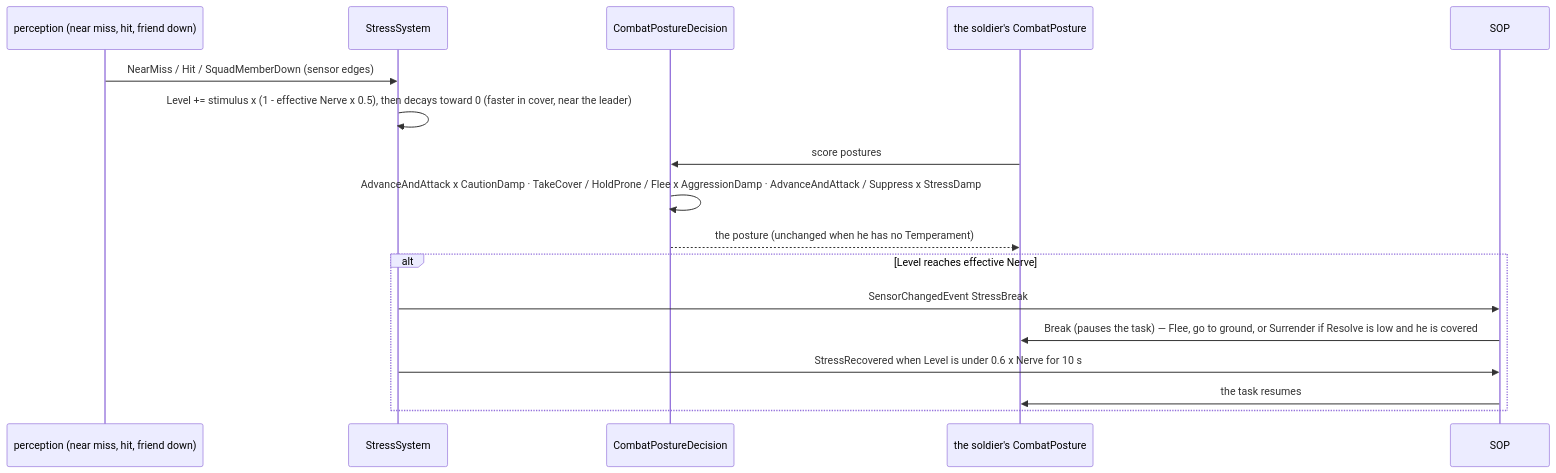
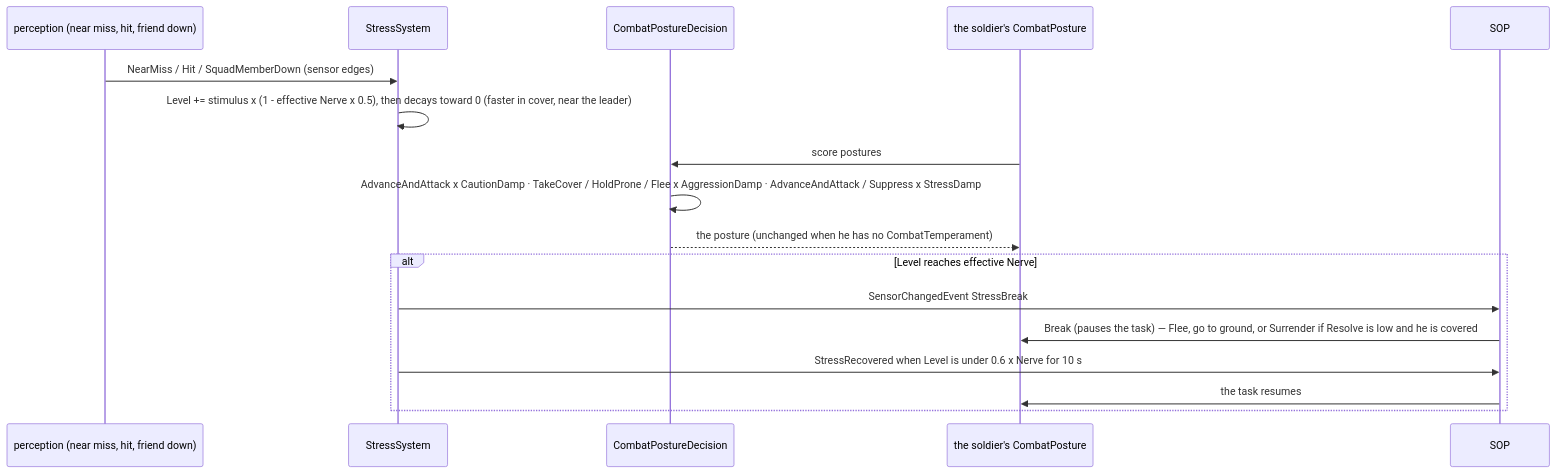
Before and after one commit to pjanec/HROT: the second of 3 diagrams in docs/DESIGN_Temperament_And_Stress.md, drawn with Mermaid. The commit also changed other lines of this file and 6 other files, not shown here.

First line of the commit message:
docs(behaviors): temperament merged into the existing AQ89 CombatTemperament (R-2034)

````diff
--- a/docs/DESIGN_Temperament_And_Stress.md
+++ b/docs/DESIGN_Temperament_And_Stress.md
@@ -75,19 +81,19 @@
 ```mermaid
 sequenceDiagram
   participant P as perception (near miss, hit, friend down)
   participant S as StressSystem
   participant D as CombatPostureDecision
   participant U as the soldier's CombatPosture
   participant O as SOP
   P->>S: NearMiss / Hit / SquadMemberDown (sensor edges)
   S->>S: Level += stimulus x (1 - effective Nerve x 0.5), then decays toward 0 (faster in cover, near the leader)
   U->>D: score postures
   D->>D: AdvanceAndAttack x CautionDamp · TakeCover / HoldProne / Flee x AggressionDamp · AdvanceAndAttack / Suppress x StressDamp
-  D-->>U: the posture (unchanged when he has no Temperament)
+  D-->>U: the posture (unchanged when he has no CombatTemperament)
   alt Level reaches effective Nerve
     S->>O: SensorChangedEvent StressBreak
     O->>U: Break (pauses the task) — Flee, go to ground, or Surrender if Resolve is low and he is covered
     S->>O: StressRecovered when Level is under 0.6 x Nerve for 10 s
     O->>U: the task resumes
   end
 ```
````
